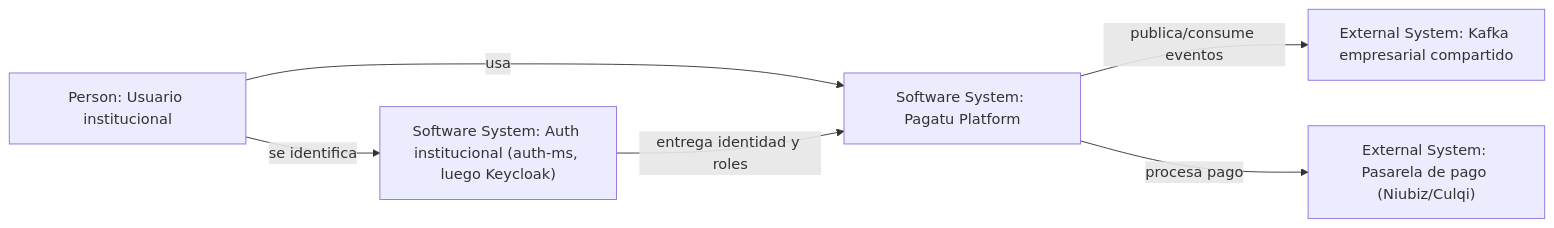
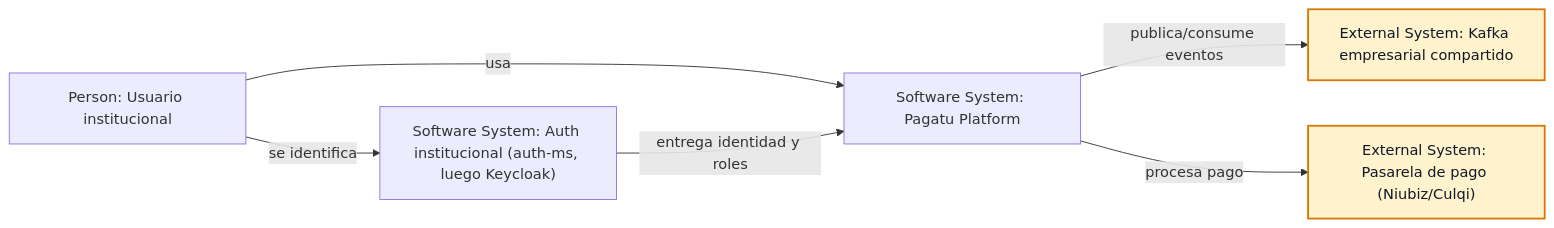
Before and after one commit to 262dist/pagatu: the first of 10 diagrams in README.md, drawn with Mermaid. The commit also changed other lines of this file, not shown here.

````diff
--- a/README.md
+++ b/README.md
@@ -40,14 +40,17 @@
 ```mermaid
 flowchart LR
     auth["Software System: Auth institucional (auth-ms, luego Keycloak)"]
     usuario["Person: Usuario institucional"]
     pagatu["Software System: Pagatu Platform"]
     kafkaCorp["External System: Kafka empresarial compartido"]
     pasarela["External System: Pasarela de pago (Niubiz/Culqi)"]
 
     usuario -->|se identifica| auth
     usuario -->|usa| pagatu
     auth -->|entrega identidad y roles| pagatu
     pagatu -->|publica/consume eventos| kafkaCorp
     pagatu -->|procesa pago| pasarela
+
+    classDef external fill:#fff3cd,stroke:#d97706,stroke-width:2px,color:#111827
+    class kafkaCorp,pasarela external
 ```
````
